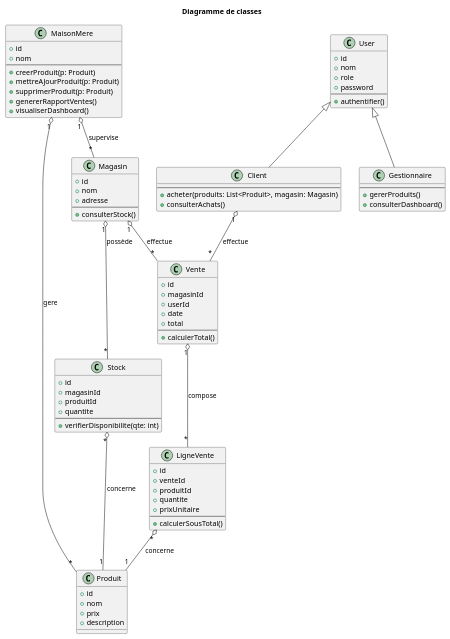
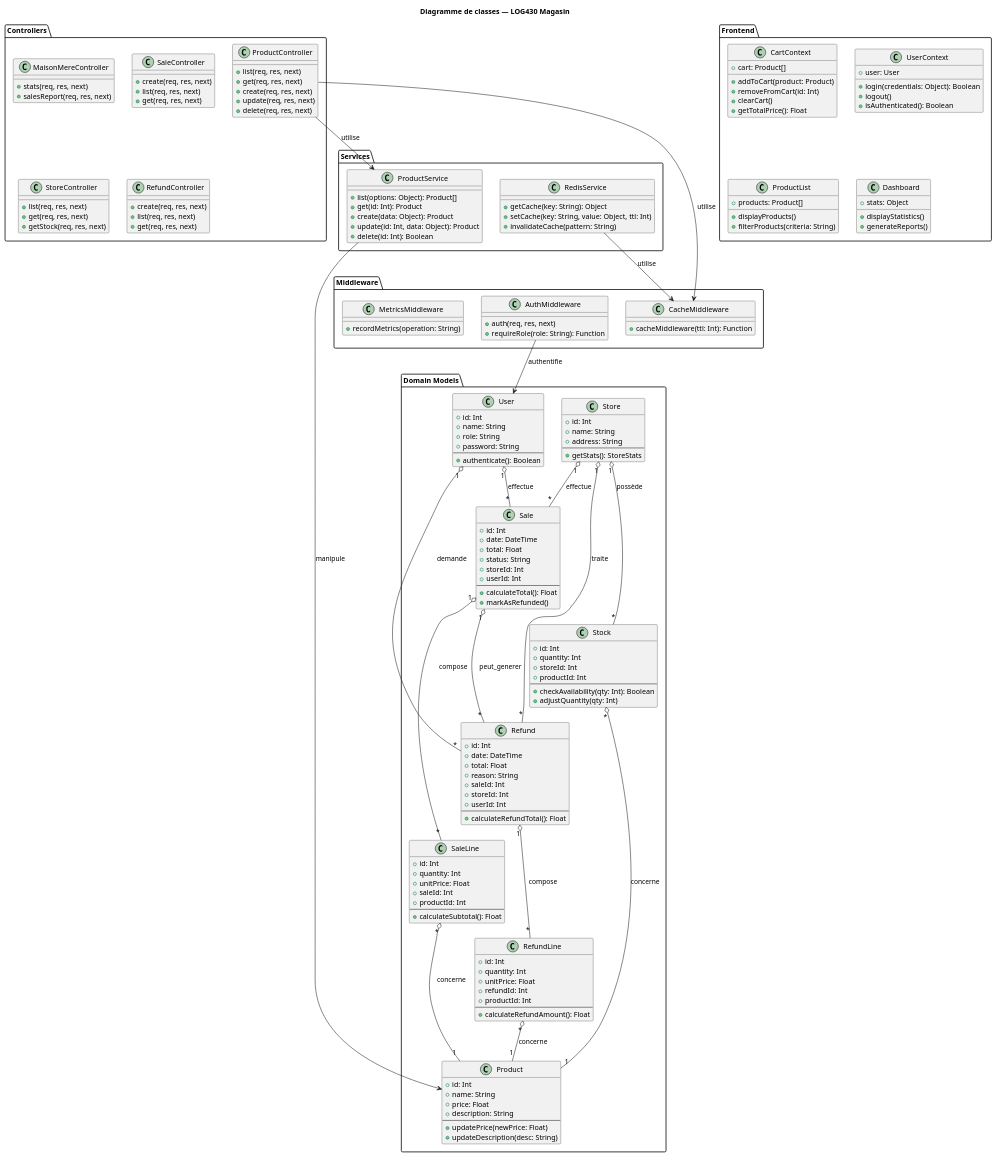
Before and after one commit to Minh-Khoi-Le/log430-lab4: the diagram in docs/UML/diagramme-classe.puml, drawn with PlantUML. The commit also changed 16 other files, not shown here.

Commit message:
Update UML diagrams and report

```diff
--- a/docs/UML/diagramme-classe.puml
+++ b/docs/UML/diagramme-classe.puml
@@ -1,97 +1,205 @@
 @startuml Diagramme de classes
 
-title Diagramme de classes
+title Diagramme de classes — LOG430 Magasin
 
-class MaisonMere {
-  +id
-  +nom
-  --
-  +creerProduit(p: Produit)
-  +mettreAJourProduit(p: Produit)
-  +supprimerProduit(p: Produit)
-  +genererRapportVentes()
-  +visualiserDashboard()
+' === Backend Domain Models ===
+package "Domain Models" {
+  class Store {
+    +id: Int
+    +name: String
+    +address: String
+    --
+    +getStats(): StoreStats
+  }
+
+  class Product {
+    +id: Int
+    +name: String
+    +price: Float
+    +description: String
+    --
+    +updatePrice(newPrice: Float)
+    +updateDescription(desc: String)
+  }
+
+  class Stock {
+    +id: Int
+    +quantity: Int
+    +storeId: Int
+    +productId: Int
+    --
+    +checkAvailability(qty: Int): Boolean
+    +adjustQuantity(qty: Int)
+  }
+
+  class User {
+    +id: Int
+    +name: String
+    +role: String
+    +password: String
+    --
+    +authenticate(): Boolean
+  }
+
+  class Sale {
+    +id: Int
+    +date: DateTime
+    +total: Float
+    +status: String
+    +storeId: Int
+    +userId: Int
+    --
+    +calculateTotal(): Float
+    +markAsRefunded()
+  }
+
+  class SaleLine {
+    +id: Int
+    +quantity: Int
+    +unitPrice: Float
+    +saleId: Int
+    +productId: Int
+    --
+    +calculateSubtotal(): Float
+  }
+
+  class Refund {
+    +id: Int
+    +date: DateTime
+    +total: Float
+    +reason: String
+    +saleId: Int
+    +storeId: Int
+    +userId: Int
+    --
+    +calculateRefundTotal(): Float
+  }
+
+  class RefundLine {
+    +id: Int
+    +quantity: Int
+    +unitPrice: Float
+    +refundId: Int
+    +productId: Int
+    --
+    +calculateRefundAmount(): Float
+  }
 }
 
-class Magasin {
-  +id
-  +nom
-  +adresse
-  --
-  +consulterStock()
+' === Backend Services Layer ===
+package "Services" {
+  class ProductService {
+    +list(options: Object): Product[]
+    +get(id: Int): Product
+    +create(data: Object): Product
+    +update(id: Int, data: Object): Product
+    +delete(id: Int): Boolean
+  }
+
+  class RedisService {
+    +getCache(key: String): Object
+    +setCache(key: String, value: Object, ttl: Int)
+    +invalidateCache(pattern: String)
+  }
 }
 
-class Produit {
-  +id
-  +nom
-  +prix
-  +description
+' === Backend Controllers ===
+package "Controllers" {
+  class ProductController {
+    +list(req, res, next)
+    +get(req, res, next)
+    +create(req, res, next)
+    +update(req, res, next)
+    +delete(req, res, next)
+  }
+
+  class MaisonMereController {
+    +stats(req, res, next)
+    +salesReport(req, res, next)
+  }
+
+  class SaleController {
+    +create(req, res, next)
+    +list(req, res, next)
+    +get(req, res, next)
+  }
+
+  class StoreController {
+    +list(req, res, next)
+    +get(req, res, next)
+    +getStock(req, res, next)
+  }
+
+  class RefundController {
+    +create(req, res, next)
+    +list(req, res, next)
+    +get(req, res, next)
+  }
 }
 
-class Stock {
-  +id
-  +magasinId
-  +produitId
-  +quantite
-  --
-  +verifierDisponibilite(qte: int)
+' === Frontend Components ===
+package "Frontend" {
+  class CartContext {
+    +cart: Product[]
+    +addToCart(product: Product)
+    +removeFromCart(id: Int)
+    +clearCart()
+    +getTotalPrice(): Float
+  }
+
+  class UserContext {
+    +user: User
+    +login(credentials: Object): Boolean
+    +logout()
+    +isAuthenticated(): Boolean
+  }
+
+  class ProductList {
+    +products: Product[]
+    +displayProducts()
+    +filterProducts(criteria: String)
+  }
+
+  class Dashboard {
+    +stats: Object
+    +displayStatistics()
+    +generateReports()
+  }
 }
 
-class User {
-  +id
-  +nom
-  +role
-  +password
-  --
-  +authentifier()
-}
+' === Middleware ===
+package "Middleware" {
+  class CacheMiddleware {
+    +cacheMiddleware(ttl: Int): Function
+  }
 
-class Client {
-  --
-  +acheter(produits: List<Produit>, magasin: Magasin)
-  +consulterAchats()
-}
+  class AuthMiddleware {
+    +auth(req, res, next)
+    +requireRole(role: String): Function
+  }
 
-class Gestionnaire {
-  --
-  +gererProduits()
-  +consulterDashboard()
-}
-
-class Vente {
-  +id
-  +magasinId
-  +userId
-  +date
-  +total
-  --
-  +calculerTotal()
-}
-
-class LigneVente {
-  +id
-  +venteId
-  +produitId
-  +quantite
-  +prixUnitaire
-  --
-  +calculerSousTotal()
+  class MetricsMiddleware {
+    +recordMetrics(operation: String)
+  }
 }
 
 '--- Relations principales ---
-MaisonMere "1" o-- "*" Magasin : supervise
-MaisonMere "1" o-- "*" Produit : gere
+Store "1" o-- "*" Stock : possède
+Stock "*" o-- "1" Product : concerne
+Store "1" o-- "*" Sale : effectue
+Store "1" o-- "*" Refund : traite
+User "1" o-- "*" Sale : effectue
+User "1" o-- "*" Refund : demande
+Sale "1" o-- "*" SaleLine : compose
+Sale "1" o-- "*" Refund : peut_generer
+SaleLine "*" o-- "1" Product : concerne
+Refund "1" o-- "*" RefundLine : compose
+RefundLine "*" o-- "1" Product : concerne
 
-Magasin "1" o-- "*" Stock : possède
-Stock "*" o-- "1" Produit : concerne
-
-User <|-- Client
-User <|-- Gestionnaire
-
-Client "1" o-- "*" Vente : effectue
-Magasin "1" o-- "*" Vente : effectue
-
-Vente "1" o-- "*" LigneVente : compose
-LigneVente "*" o-- "1" Produit : concerne
+ProductController --> ProductService : utilise
+ProductService --> Product : manipule
+ProductController --> CacheMiddleware : utilise
+AuthMiddleware --> User : authentifie
+RedisService --> CacheMiddleware : utilise
 
 @enduml
```
